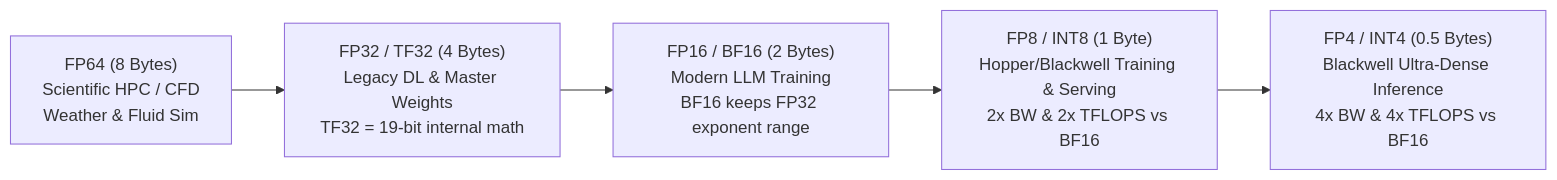
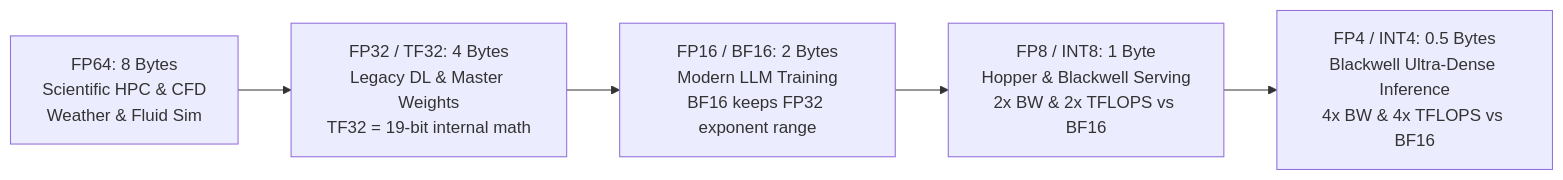
Before and after one commit to jithinpnjm/ai-infra-handbook: the fourth of 7 diagrams in docs/part-10-gpu-cuda/01-why-gpus-cpu-versus-gpu-and-throughput-design.md, drawn with Mermaid. The commit also changed other lines of this file and 503 other files, not shown here.

````diff
--- a/docs/part-10-gpu-cuda/01-why-gpus-cpu-versus-gpu-and-throughput-design.md
+++ b/docs/part-10-gpu-cuda/01-why-gpus-cpu-versus-gpu-and-throughput-design.md
@@ -293,7 +331,7 @@
 ```mermaid
 flowchart LR
-    FP64["FP64 (8 Bytes)<br/>Scientific HPC / CFD<br/>Weather & Fluid Sim"] --> FP32["FP32 / TF32 (4 Bytes)<br/>Legacy DL & Master Weights<br/>TF32 = 19-bit internal math"]
-    FP32 --> BF16["FP16 / BF16 (2 Bytes)<br/>Modern LLM Training<br/>BF16 keeps FP32 exponent range"]
-    BF16 --> FP8["FP8 / INT8 (1 Byte)<br/>Hopper/Blackwell Training & Serving<br/>2x BW & 2x TFLOPS vs BF16"]
-    FP8 --> FP4["FP4 / INT4 (0.5 Bytes)<br/>Blackwell Ultra-Dense Inference<br/>4x BW & 4x TFLOPS vs BF16"]
+    FP64["FP64: 8 Bytes<br/>Scientific HPC & CFD<br/>Weather & Fluid Sim"] --> FP32["FP32 / TF32: 4 Bytes<br/>Legacy DL & Master Weights<br/>TF32 = 19-bit internal math"]
+    FP32 --> BF16["FP16 / BF16: 2 Bytes<br/>Modern LLM Training<br/>BF16 keeps FP32 exponent range"]
+    BF16 --> FP8["FP8 / INT8: 1 Byte<br/>Hopper & Blackwell Serving<br/>2x BW & 2x TFLOPS vs BF16"]
+    FP8 --> FP4["FP4 / INT4: 0.5 Bytes<br/>Blackwell Ultra-Dense Inference<br/>4x BW & 4x TFLOPS vs BF16"]
 ```
````
